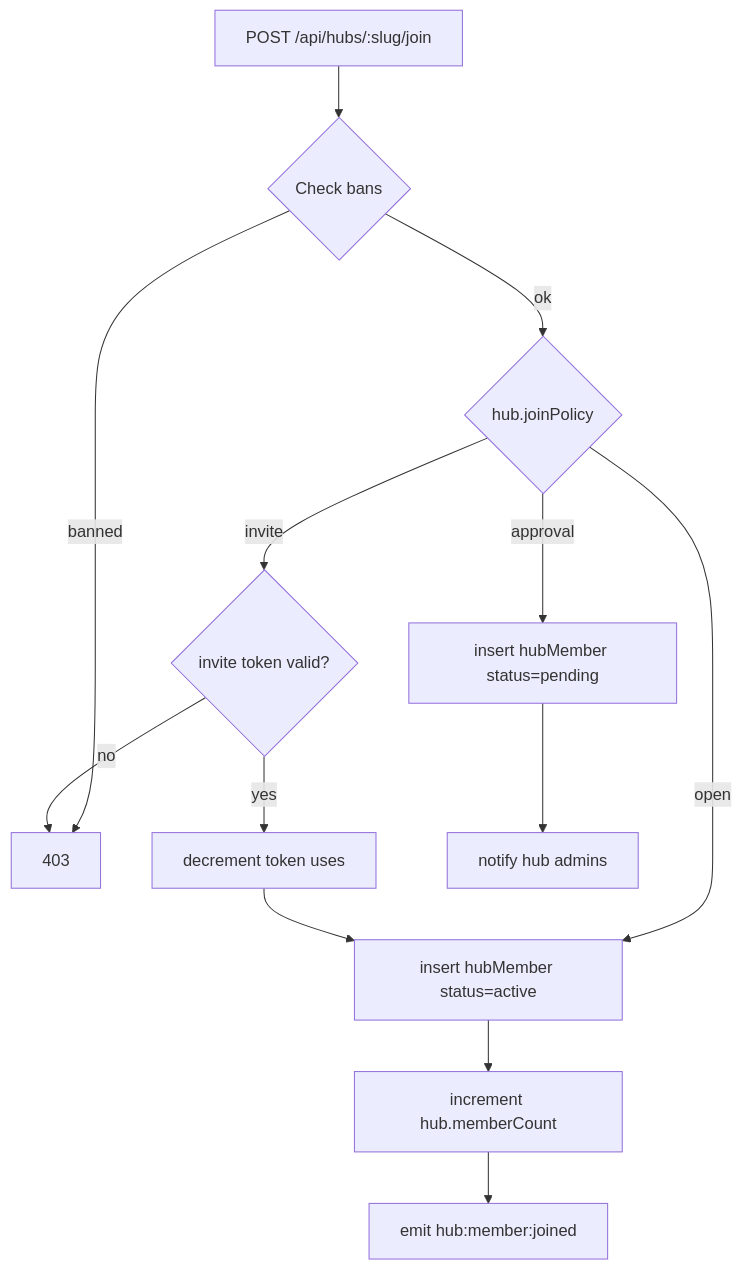
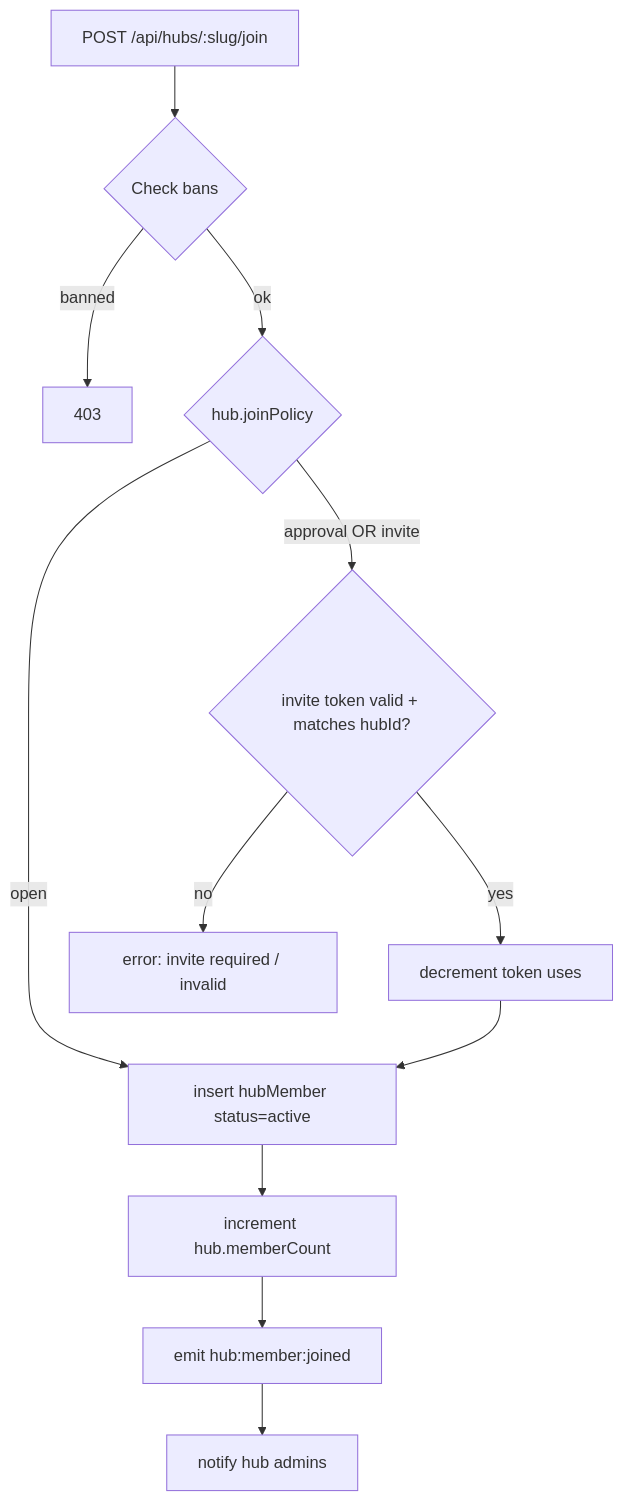
The eighth of 15 diagrams in codebase-analysis/07-state-diagrams.md (commonpub/commonpub), drawn with Mermaid before and after one commit. The commit also changed other lines of this file and 4 other files, not shown here.

````diff
--- a/codebase-analysis/07-state-diagrams.md
+++ b/codebase-analysis/07-state-diagrams.md
@@ -175,15 +175,14 @@
 ```mermaid
 flowchart TD
     A[POST /api/hubs/:slug/join] --> B{Check bans}
     B -->|banned| X[403]
     B -->|ok| C{hub.joinPolicy}
     C -->|open| D[insert hubMember status=active]
-    C -->|approval| E[insert hubMember status=pending]
-    C -->|invite| F{invite token valid?}
-    F -->|no| X
+    C -->|approval OR invite| F{invite token valid + matches hubId?}
+    F -->|no| X2[error: invite required / invalid]
     F -->|yes| G[decrement token uses]
     G --> D
     D --> H[increment hub.memberCount]
     H --> I[emit hub:member:joined]
-    E --> J[notify hub admins]
+    I --> J[notify hub admins]
 ```
````
